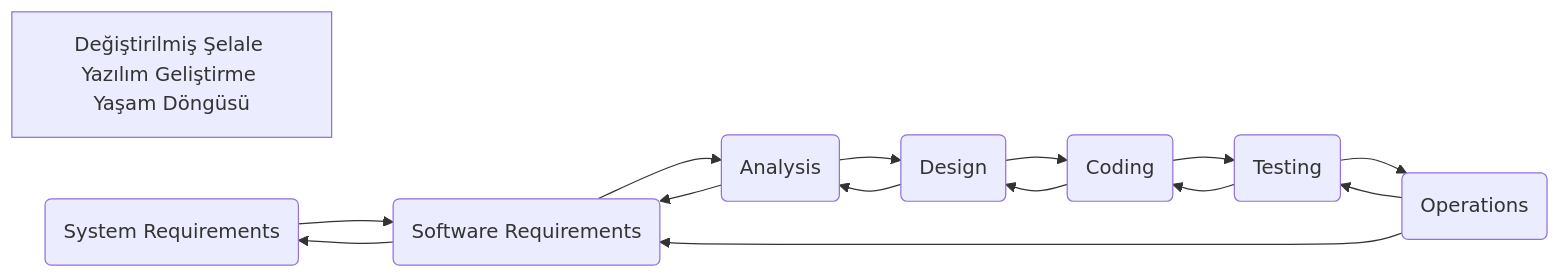
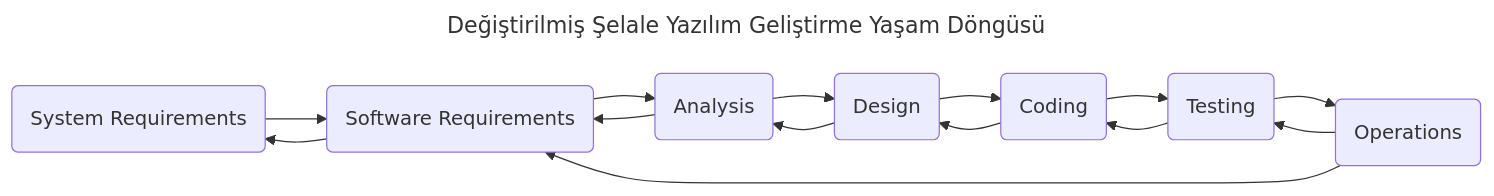
One commit to ati-ozgur/kurs-programlama-temeller changed the diagram in diagramlar/waterfall-real.mmd. Above: the diagram before and after it, drawn with Mermaid. The commit also changed 2 other files, not shown here.

````diff
--- a/diagramlar/waterfall-real.mmd
+++ b/diagramlar/waterfall-real.mmd
@@ -1,19 +1,20 @@
 ```{mermaid}
+---
+title: Değiştirilmiş Şelale Yazılım Geliştirme Yaşam Döngüsü
+---
 flowchart LR
-    title[Değiştirilmiş Şelale Yazılım Geliştirme Yaşam Döngüsü]
-
     S(System Requirements) 
     S --> R(Software Requirements)
     R --> S 
     R --> A(Analysis)
     A --> R
     A --> D(Design)
     D --> A
     D --> C(Coding)
     C --> D
     C --> T(Testing)
     T --> C
     T --> O(Operations)
     O --> T
     O --> R
 ```
````
